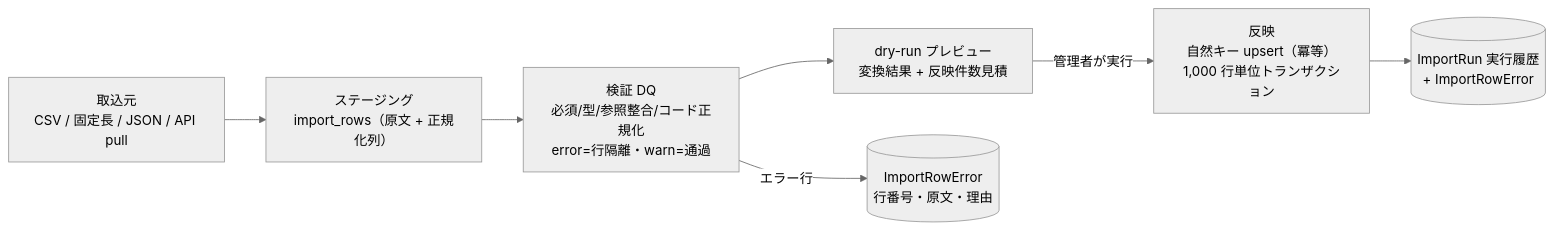
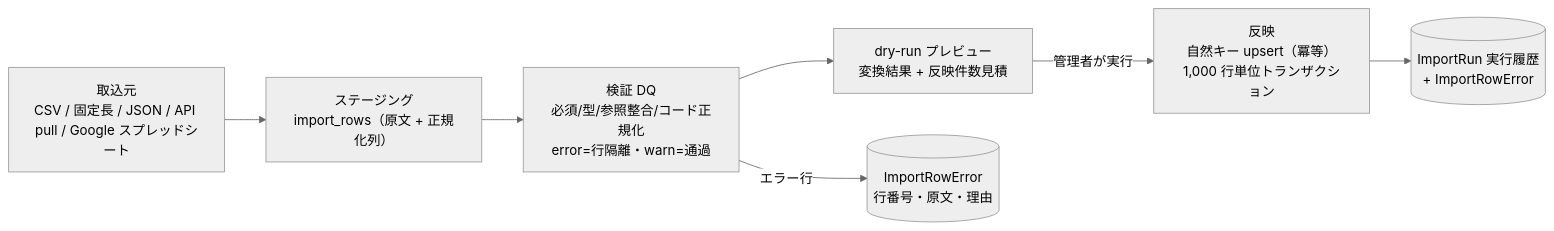
One commit to TSUNAGUBA/akebono-office changed the sixth of 7 diagrams in .ai-native/outputs/phase5/akebono-menu-design.md. Above: the diagram before and after it, drawn with Mermaid (neutral theme). The commit also changed other lines of this file and 15 other files, not shown here.

First line of the commit message:
feat: データ取込に Google スプレッドシート連携（sheets_pull）を追加（オペレーター指示 2026-08-03 ①・フル実装）

````diff
--- a/.ai-native/outputs/phase5/akebono-menu-design.md
+++ b/.ai-native/outputs/phase5/akebono-menu-design.md
@@ -254,9 +254,9 @@
 ```mermaid
 flowchart LR
-    SRC[取込元<br/>CSV / 固定長 / JSON / API pull] --> STG[ステージング<br/>import_rows（原文 + 正規化列）]
+    SRC[取込元<br/>CSV / 固定長 / JSON / API pull / Google スプレッドシート] --> STG[ステージング<br/>import_rows（原文 + 正規化列）]
     STG --> VAL[検証 DQ<br/>必須/型/参照整合/コード正規化<br/>error=行隔離・warn=通過]
     VAL --> PRE[dry-run プレビュー<br/>変換結果 + 反映件数見積]
     PRE -->|管理者が実行| APPLY[反映<br/>自然キー upsert（冪等）<br/>1,000 行単位トランザクション]
     APPLY --> RUN[(ImportRun 実行履歴<br/>+ ImportRowError)]
     VAL -->|エラー行| ERR[(ImportRowError<br/>行番号・原文・理由)]
 ```
````
